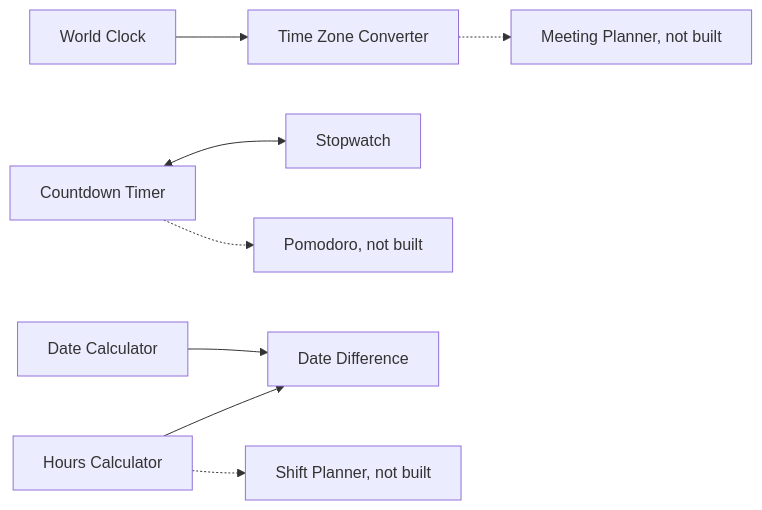
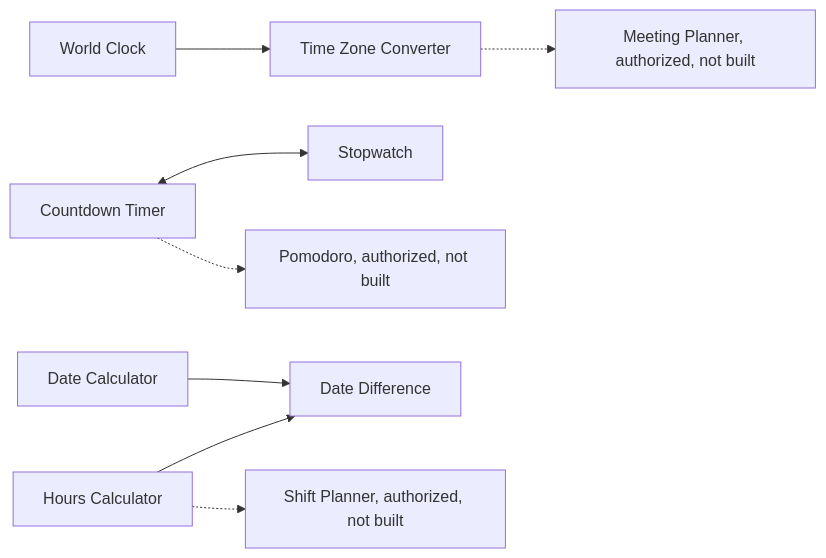
One commit to salar500/Toolzenhub changed the second of 4 diagrams in docs/ecosystem-review/10-USER-JOURNEY-MAPS.md. Above: the diagram before and after it, drawn with Mermaid. The commit also changed other lines of this file and 12 other files, not shown here.

First line of the commit message:
docs(ecosystem): resolve routine decisions and correct the Meeting Planner overlap

````diff
--- a/docs/ecosystem-review/10-USER-JOURNEY-MAPS.md
+++ b/docs/ecosystem-review/10-USER-JOURNEY-MAPS.md
@@ -41,10 +41,10 @@
 ```mermaid
 flowchart LR
   WC[World Clock] --> TZ[Time Zone Converter]
-  TZ -.-> MP[Meeting Planner, not built]
+  TZ -.-> MP[Meeting Planner, authorized, not built]
   CT[Countdown Timer] <--> SW[Stopwatch]
-  CT -.-> PO[Pomodoro, not built]
+  CT -.-> PO[Pomodoro, authorized, not built]
   DC[Date Calculator] --> DD[Date Difference]
   HC[Hours Calculator] --> DD
-  HC -.-> SH[Shift Planner, not built]
+  HC -.-> SH[Shift Planner, authorized, not built]
 ```
````
